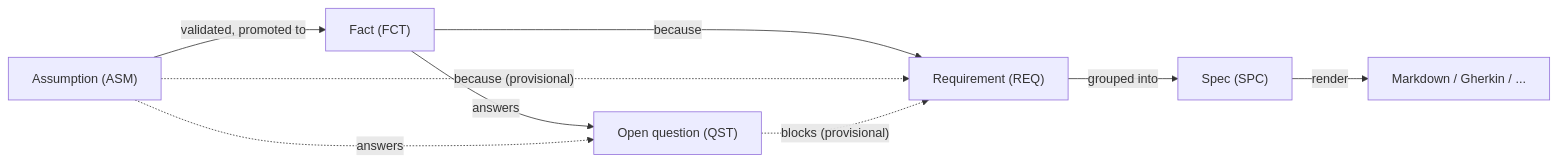
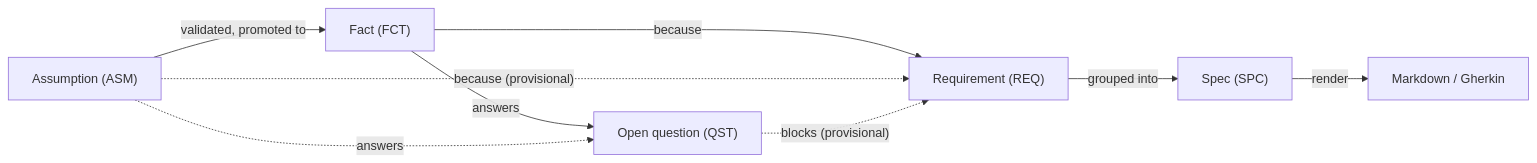
Before and after one commit to jvanheerikhuize/asdlc-meta-specs: the diagram in README.md, drawn with Mermaid. The commit also changed other lines of this file and 1 other file, not shown here.

Commit message:
docs: simplify README, add agent playbook workflows, and update ROADMAP

````diff
--- a/README.md
+++ b/README.md
@@ -42,11 +29,11 @@
 ```mermaid
 flowchart LR
     ASM["Assumption (ASM)"] -->|"validated, promoted to"| FCT["Fact (FCT)"]
     FCT -->|"because"| REQ["Requirement (REQ)"]
     ASM -.->|"because (provisional)"| REQ
     QST["Open question (QST)"] -.->|"blocks (provisional)"| REQ
     FCT -->|"answers"| QST
     ASM -.->|"answers"| QST
     REQ -->|"grouped into"| SPC["Spec (SPC)"]
-    SPC -->|"render"| OUT["Markdown / Gherkin / ..."]
+    SPC -->|"render"| OUT["Markdown / Gherkin"]
 ```
````
